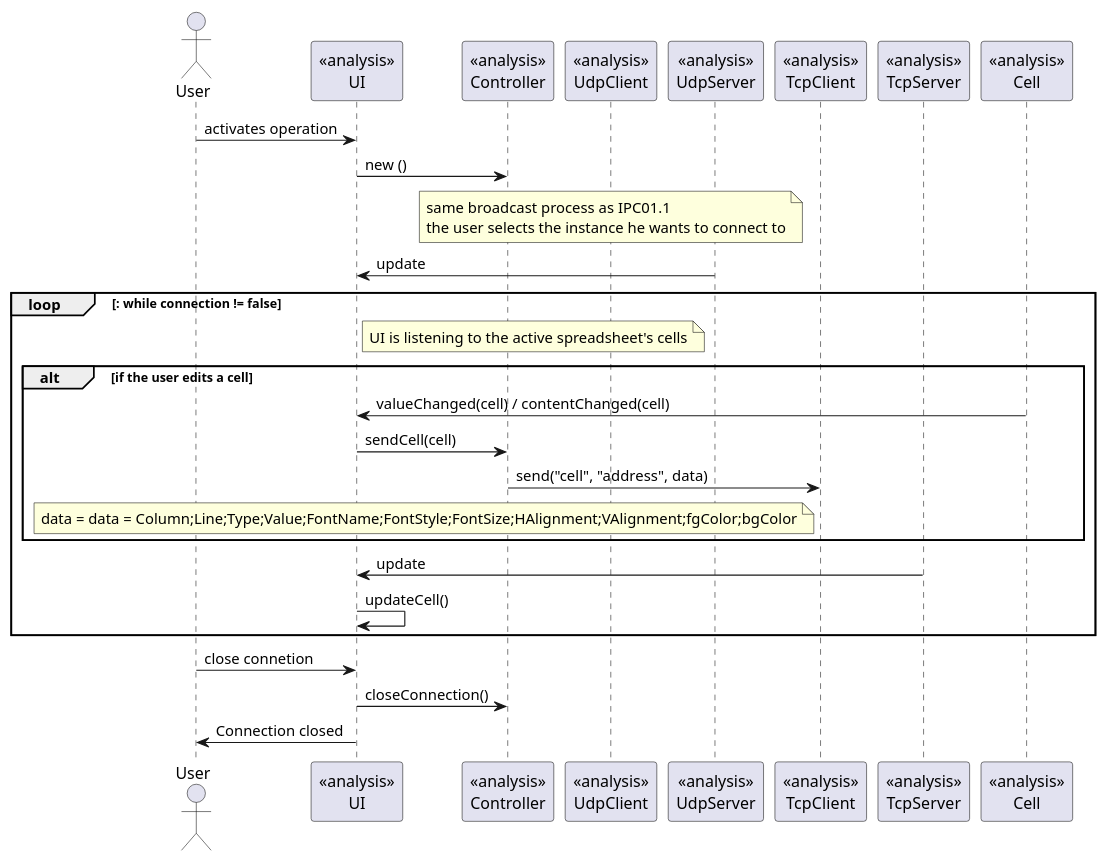
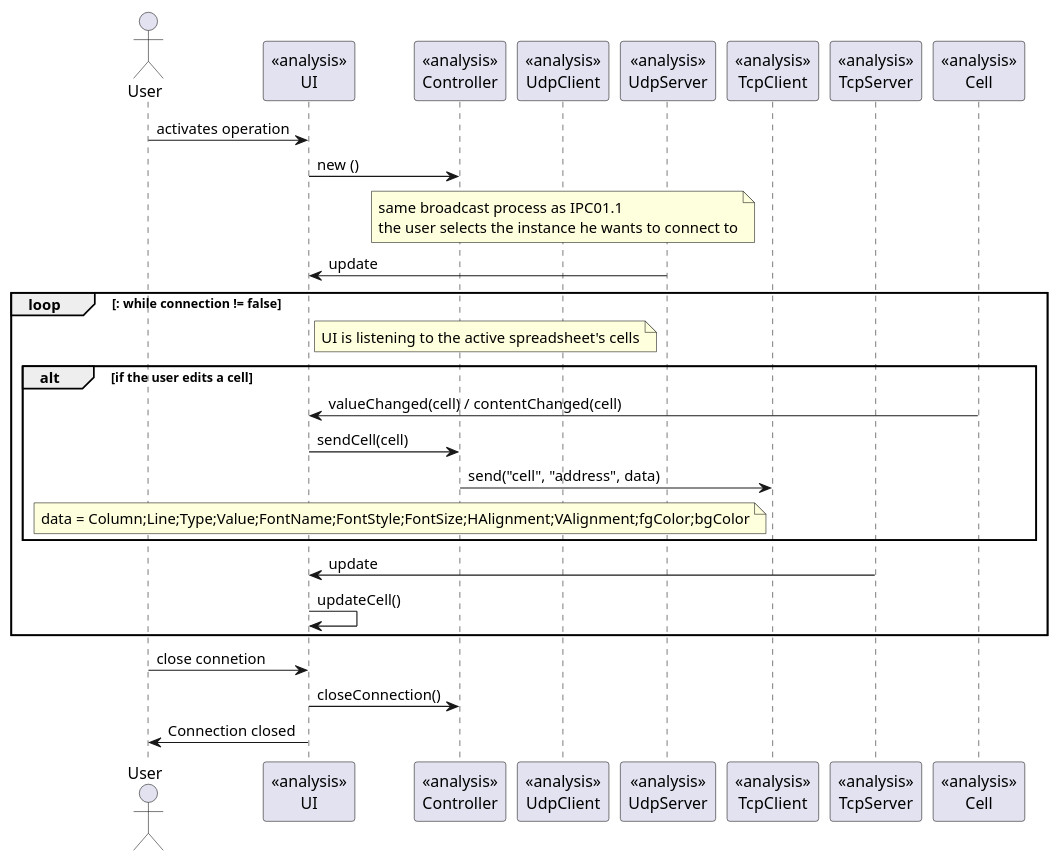
One commit to RubenTeixeira/cleansheets_isep_2dg_2016 changed the diagram in src/main/java/csheets/worklog/n1140329/sprint2/automatic_cell_update_image_analysis.puml. Above: the diagram before and after it, drawn with PlantUML.

Commit message:
LPFOURDG-152 #time 1m #comment Hotfix on Analysis.

```diff
--- a/src/main/java/csheets/worklog/n1140329/sprint2/automatic_cell_update_image_analysis.puml
+++ b/src/main/java/csheets/worklog/n1140329/sprint2/automatic_cell_update_image_analysis.puml
@@ -1,36 +1,36 @@
 @startuml doc-files/automatic_cell_update_image_analysis.png
 
 actor User 
 participant "<<analysis>>\nUI" as UI
 participant "<<analysis>>\nController" as Controller
 participant "<<analysis>>\nUdpClient" as UdpClient
 participant "<<analysis>>\nUdpServer" as UdpServer
 participant "<<analysis>>\nTcpClient" as TcpClient
 participant "<<analysis>>\nTcpServer" as TcpServer
 participant "<<analysis>>\nCell" as Cell
 
 User->UI: activates operation
 UI->Controller: new ()
 
 note over Controller, UdpServer: same broadcast process as IPC01.1\nthe user selects the instance he wants to connect to
 
 UdpServer->UI: update
 
 loop : while connection != false
     
     note right of UI: UI is listening to the active spreadsheet's cells
     alt if the user edits a cell
         Cell->UI: valueChanged(cell) / contentChanged(cell)
         UI->Controller: sendCell(cell)
         Controller->TcpClient: send("cell", "address", data)
-        note left of TcpClient: data = data = Column;Line;Type;Value;FontName;FontStyle;FontSize;HAlignment;VAlignment;fgColor;bgColor
+        note left of TcpClient: data = Column;Line;Type;Value;FontName;FontStyle;FontSize;HAlignment;VAlignment;fgColor;bgColor
     end
     
     TcpServer->UI: update
     UI->UI: updateCell()
 end
 
 User->UI: close connetion
 UI->Controller: closeConnection()
 UI->User: Connection closed
 @enduml
```
